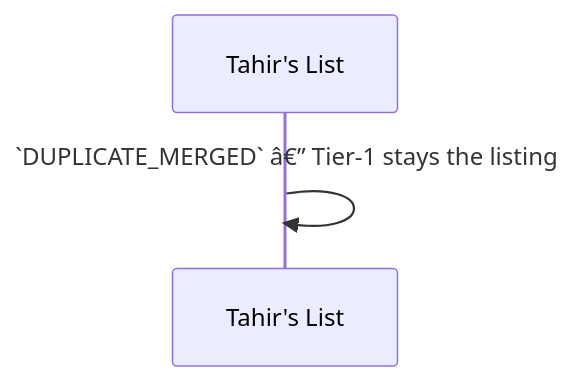
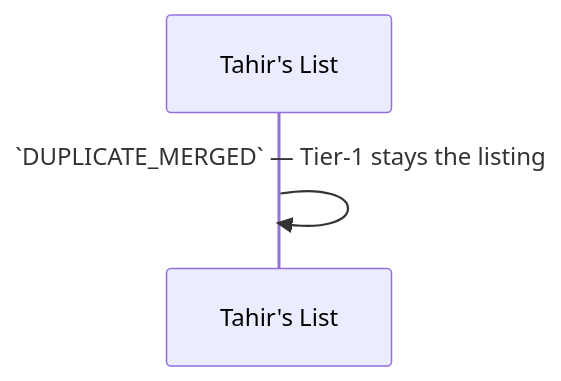
The sixth of 6 diagrams in docs/features/SC-211/04-blackbox/UC-02-compile-cited-manual-batch.md (Losers-Lab/tahirs-list), drawn with Mermaid before and after one commit. The commit also changed other lines of this file and 12 other files, not shown here.

````diff
--- a/docs/features/SC-211/04-blackbox/UC-02-compile-cited-manual-batch.md
+++ b/docs/features/SC-211/04-blackbox/UC-02-compile-cited-manual-batch.md
@@ -58,5 +58,5 @@
 ```mermaid
 sequenceDiagram
   participant TL as Tahir's List
-  TL->>TL: `DUPLICATE_MERGED` â€” Tier-1 stays the listing
+  TL->>TL: `DUPLICATE_MERGED` — Tier-1 stays the listing
 ```
````
